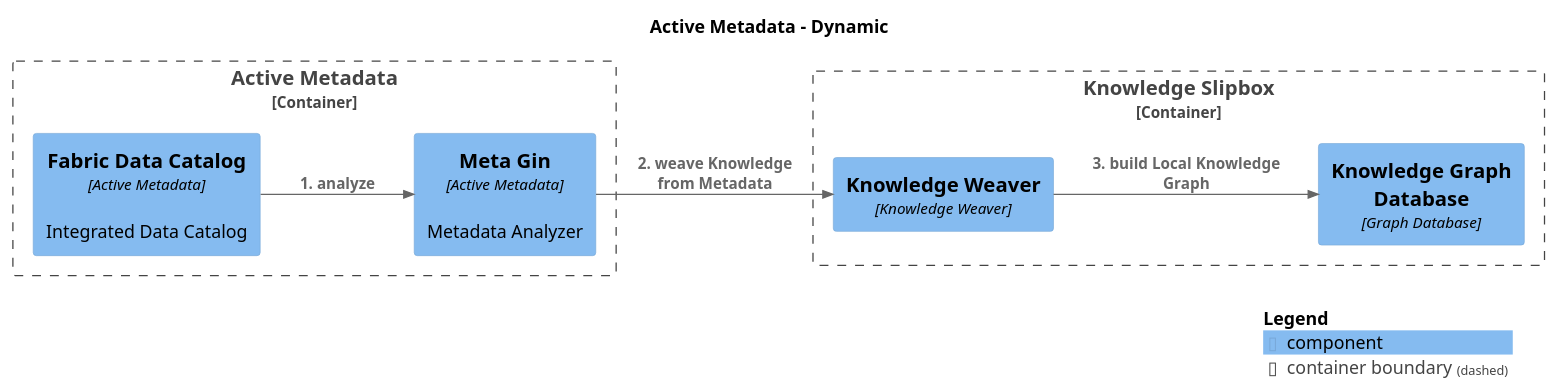
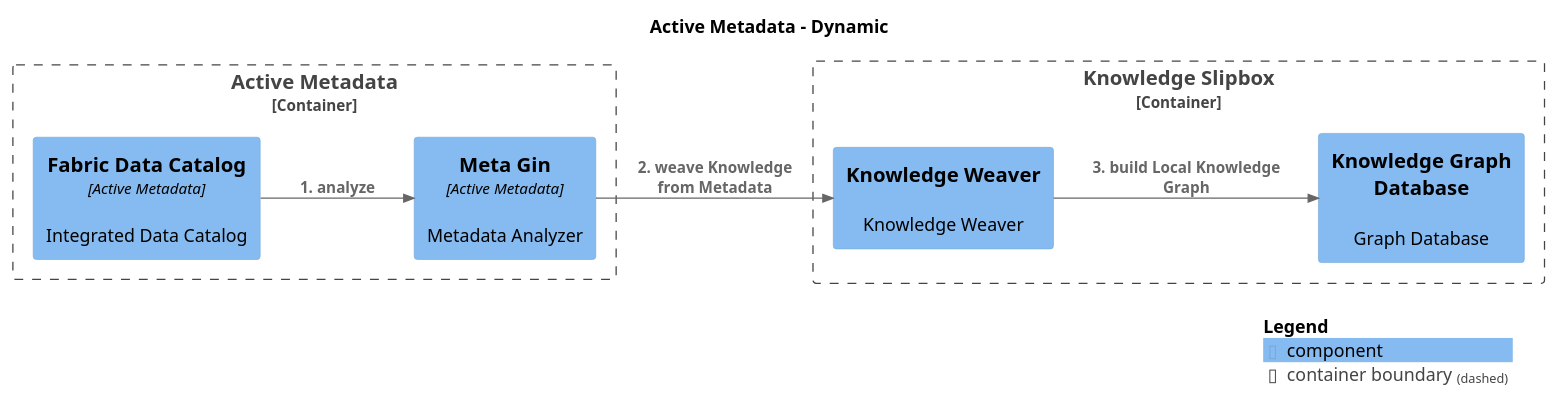
The diagram in puml/WorkflowBuildingLocalKnowledgeGraph-WorkflowBuildingLocalKnowledgeGraph.puml (IntellectusCorp/data-fabric-docs), drawn with PlantUML before and after one commit. The commit also changed 55 other files, not shown here.

Commit message:
Deploying to gh-pages from @ IntellectusCorp/data-fabric-docs@dd34db61a74e45a7e50edf210c99ba1024fd0d57 🚀

```diff
--- a/puml/WorkflowBuildingLocalKnowledgeGraph-WorkflowBuildingLocalKnowledgeGraph.puml
+++ b/puml/WorkflowBuildingLocalKnowledgeGraph-WorkflowBuildingLocalKnowledgeGraph.puml
@@ -1,28 +1,28 @@
 @startuml
 set separator none
 title Active Metadata - Dynamic
 
 left to right direction
 
 !include <C4/C4>
 !include <C4/C4_Context>
 !include <C4/C4_Component>
 
 skinparam svgDimensionStyle false
 skinparam preserveAspectRatio meet
 Container_Boundary("DataFabric.KnowledgeSlipbox_boundary", "Knowledge Slipbox", $tags="") {
-  Component(DataFabric.KnowledgeSlipbox.KnowledgeWeaver, "Knowledge Weaver", "Knowledge Weaver", $tags="")
-  Component(DataFabric.KnowledgeSlipbox.KnowledgeGraphDatabase, "Knowledge Graph Database", "Graph Database", $tags="")
+  Component(DataFabric.KnowledgeSlipbox.KnowledgeWeaver, "Knowledge Weaver", $techn="", $descr="Knowledge Weaver", $tags="", $link="")
+  Component(DataFabric.KnowledgeSlipbox.KnowledgeGraphDatabase, "Knowledge Graph Database", $techn="", $descr="Graph Database", $tags="", $link="")
 }
 
 Container_Boundary("DataFabric.ActiveMetadata_boundary", "Active Metadata", $tags="") {
-  Component(DataFabric.ActiveMetadata.MetaGin, "Meta Gin", "Active Metadata", "Metadata Analyzer", $tags="")
-  Component(DataFabric.ActiveMetadata.FabricDataCatalog, "Fabric Data Catalog", "Active Metadata", "Integrated Data Catalog", $tags="")
+  Component(DataFabric.ActiveMetadata.MetaGin, "Meta Gin", $techn="Active Metadata", $descr="Metadata Analyzer", $tags="", $link="")
+  Component(DataFabric.ActiveMetadata.FabricDataCatalog, "Fabric Data Catalog", $techn="Active Metadata", $descr="Integrated Data Catalog", $tags="", $link="")
 }
 
-Rel_D(DataFabric.ActiveMetadata.FabricDataCatalog, DataFabric.ActiveMetadata.MetaGin, "1. analyze", $tags="")
-Rel_D(DataFabric.ActiveMetadata.MetaGin, DataFabric.KnowledgeSlipbox.KnowledgeWeaver, "2. weave Knowledge from Metadata", $tags="")
-Rel_D(DataFabric.KnowledgeSlipbox.KnowledgeWeaver, DataFabric.KnowledgeSlipbox.KnowledgeGraphDatabase, "3. build Local Knowledge Graph", $tags="")
+Rel_D(DataFabric.ActiveMetadata.FabricDataCatalog, DataFabric.ActiveMetadata.MetaGin, "1. analyze", $techn="", $tags="", $link="")
+Rel_D(DataFabric.ActiveMetadata.MetaGin, DataFabric.KnowledgeSlipbox.KnowledgeWeaver, "2. weave Knowledge from Metadata", $techn="", $tags="", $link="")
+Rel_D(DataFabric.KnowledgeSlipbox.KnowledgeWeaver, DataFabric.KnowledgeSlipbox.KnowledgeGraphDatabase, "3. build Local Knowledge Graph", $techn="", $tags="", $link="")
 
 SHOW_LEGEND(true)
 @enduml
```
